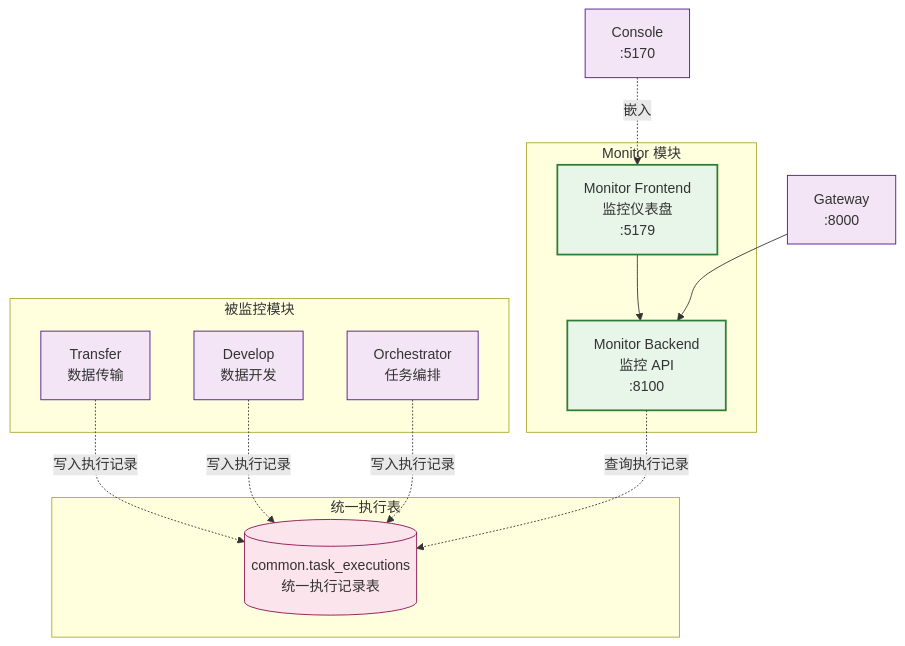
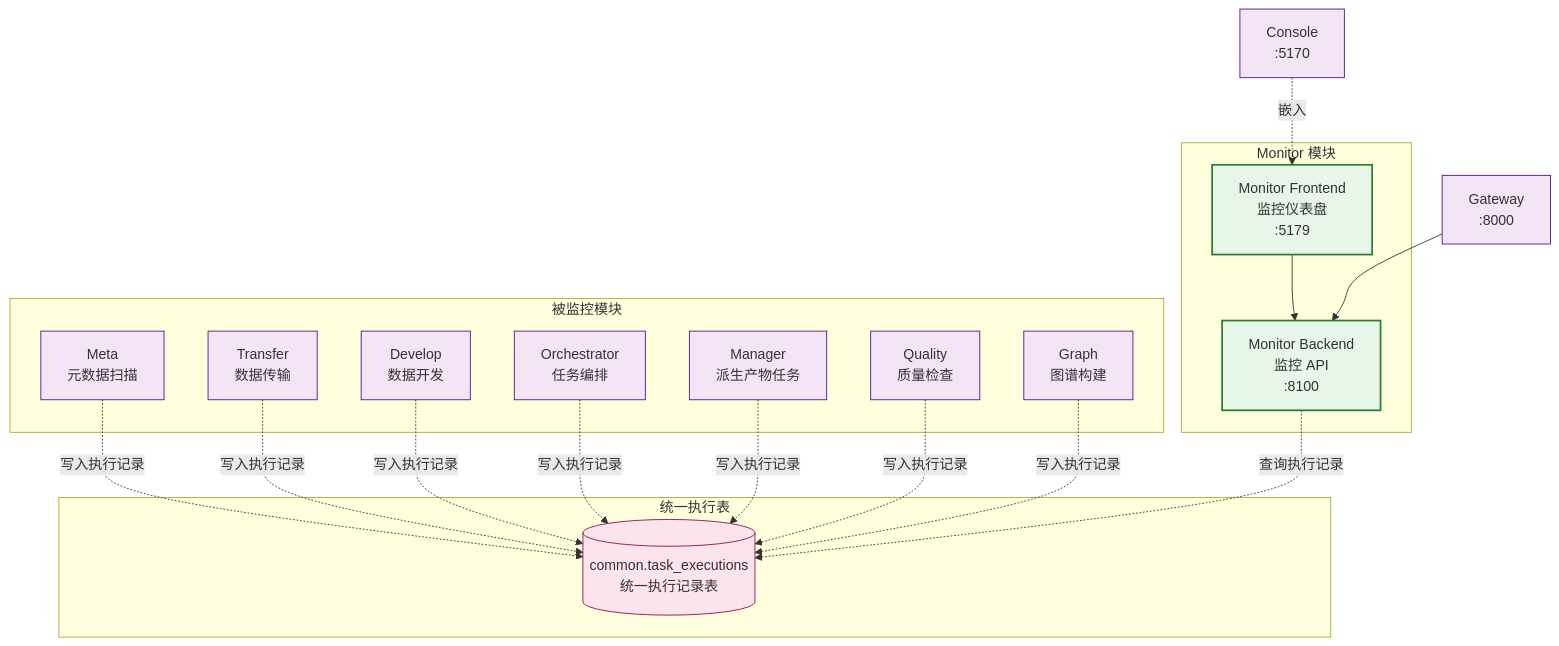
The fifth of 12 diagrams in docs/concepts/addp模块架构图.md (pampa0629/addp), drawn with Mermaid before and after one commit. The commit also changed other lines of this file and 63 other files, not shown here.

````diff
--- a/docs/concepts/addp模块架构图.md
+++ b/docs/concepts/addp模块架构图.md
@@ -342,34 +342,42 @@
 ```mermaid
 graph TB
     subgraph "Monitor 模块"
         MFE[Monitor Frontend<br/>监控仪表盘<br/>:5179]
         MBE[Monitor Backend<br/>监控 API<br/>:8100]
         MFE --> MBE
     end
 
     subgraph "被监控模块"
+        Meta[Meta<br/>元数据扫描]
         Transfer[Transfer<br/>数据传输]
         Develop[Develop<br/>数据开发]
         Orchestrator[Orchestrator<br/>任务编排]
+        Manager[Manager<br/>派生产物任务]
+        Quality[Quality<br/>质量检查]
+        Graph[Graph<br/>图谱构建]
     end
 
     subgraph "统一执行表"
         TaskExec[(common.task_executions<br/>统一执行记录表)]
     end
 
+    Meta -.写入执行记录.-> TaskExec
     Transfer -.写入执行记录.-> TaskExec
     Develop -.写入执行记录.-> TaskExec
     Orchestrator -.写入执行记录.-> TaskExec
+    Manager -.写入执行记录.-> TaskExec
+    Quality -.写入执行记录.-> TaskExec
+    Graph -.写入执行记录.-> TaskExec
     MBE -.查询执行记录.-> TaskExec
 
     Gateway[Gateway<br/>:8000] --> MBE
     Console[Console<br/>:5170] -.嵌入.-> MFE
 
     classDef monitor fill:#e8f5e9,stroke:#2e7d32,stroke-width:2px
     classDef module fill:#f3e5f5,stroke:#4a148c
     classDef infra fill:#fce4ec,stroke:#880e4f
 
     class MFE,MBE monitor
-    class Transfer,Develop,Orchestrator,Gateway,Console module
+    class Meta,Transfer,Develop,Orchestrator,Manager,Quality,Graph,Gateway,Console module
     class TaskExec infra
 ```
````
